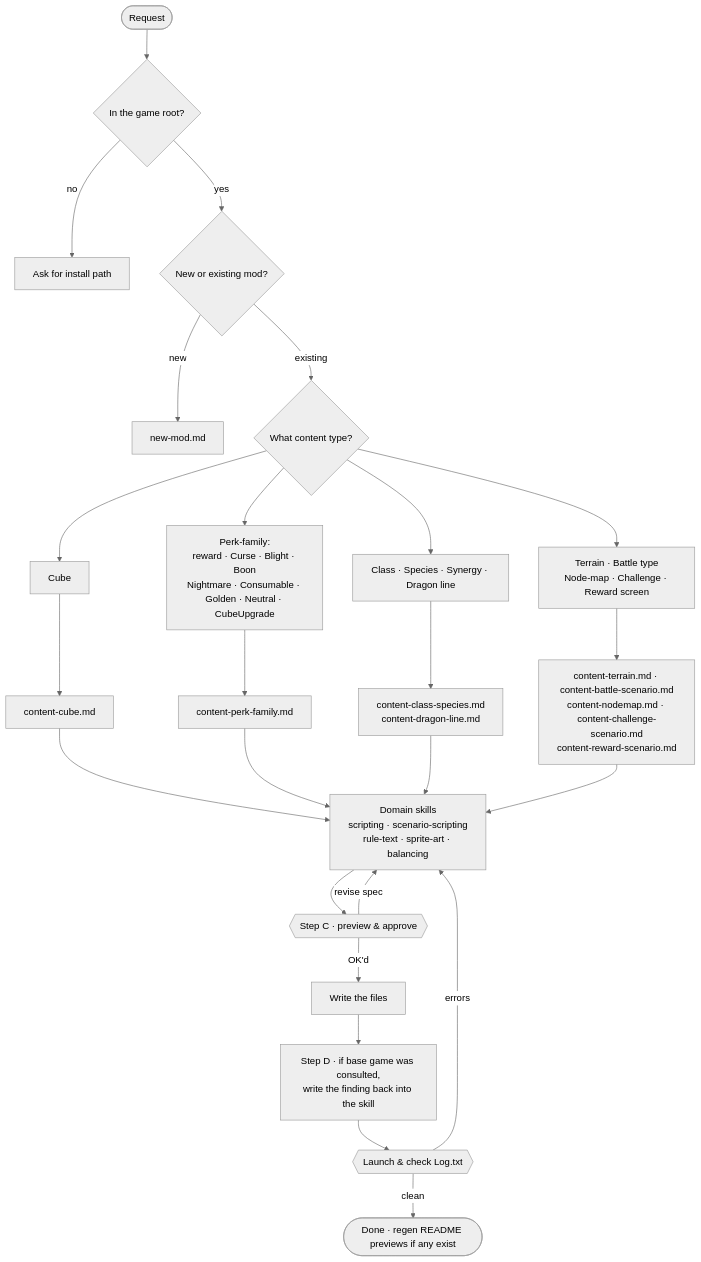
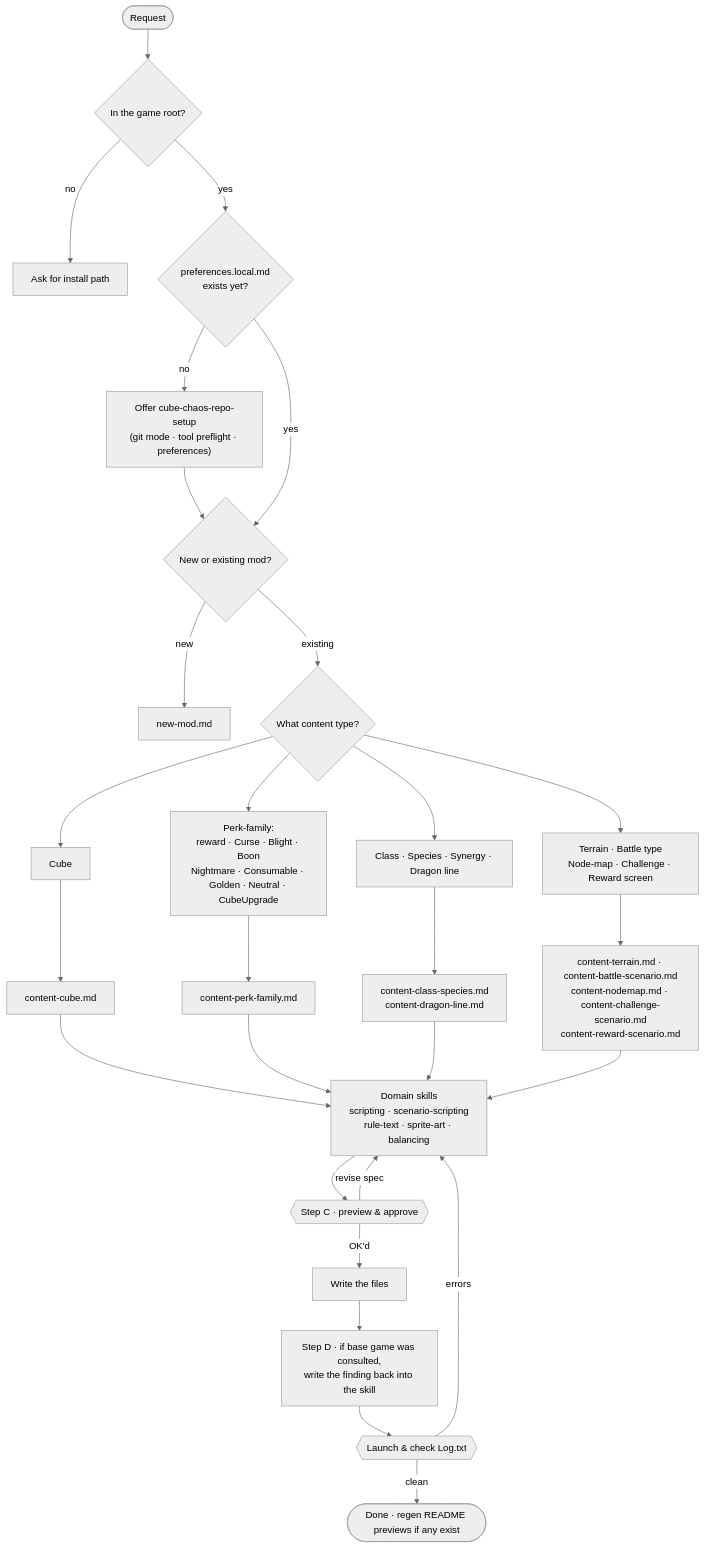
The diagram in WORKFLOW_OVERVIEW.md (Lutscherdieb/ClaudeChaos), drawn with Mermaid (neutral theme) before and after one commit. The commit also changed other lines of this file and 7 other files, not shown here.

Commit message:
Added Git Setup Skill and Personal Preferences

````diff
--- a/WORKFLOW_OVERVIEW.md
+++ b/WORKFLOW_OVERVIEW.md
@@ -5,31 +5,34 @@
 ```mermaid
 flowchart TD
     Start(["Request"]) --> Root{"In the game root?"}
     Root -- no --> AskRoot["Ask for install path"]
-    Root -- yes --> ModQ{"New or existing mod?"}
+    Root -- yes --> SetupQ{"preferences.local.md<br/>exists yet?"}
+    SetupQ -- no --> SetupOffer["Offer cube-chaos-repo-setup<br/>(git mode &middot; tool preflight &middot; preferences)"]
+    SetupOffer --> ModQ
+    SetupQ -- yes --> ModQ{"New or existing mod?"}
     ModQ -- new --> NewMod["new-mod.md"]
     ModQ -- existing --> TypeQ{"What content type?"}
 
     TypeQ --> Cube["Cube"]
     TypeQ --> Perk["Perk-family:<br/>reward &middot; Curse &middot; Blight &middot; Boon<br/>Nightmare &middot; Consumable &middot; Golden &middot; Neutral &middot; CubeUpgrade"]
     TypeQ --> ClassSp["Class &middot; Species &middot; Synergy &middot; Dragon line"]
     TypeQ --> Scenario["Terrain &middot; Battle type<br/>Node-map &middot; Challenge &middot; Reward screen"]
 
     Cube --> WCube["content-cube.md"]
     Perk --> WPerk["content-perk-family.md"]
     ClassSp --> WClass["content-class-species.md<br/>content-dragon-line.md"]
     Scenario --> WScenario["content-terrain.md &middot; content-battle-scenario.md<br/>content-nodemap.md &middot; content-challenge-scenario.md<br/>content-reward-scenario.md"]
 
     WCube --> Skills["Domain skills<br/>scripting &middot; scenario-scripting<br/>rule-text &middot; sprite-art &middot; balancing"]
     WPerk --> Skills
     WClass --> Skills
     WScenario --> Skills
 
     Skills --> GateC{{"Step C &middot; preview &amp; approve"}}
     GateC -- revise spec --> Skills
     GateC -- OK'd --> Write["Write the files"]
     Write --> ResearchNote["Step D &middot; if base game was consulted,<br/>write the finding back into the skill"]
     ResearchNote --> GateLaunch{{"Launch &amp; check Log.txt"}}
     GateLaunch -- errors --> Skills
     GateLaunch -- clean --> Done(["Done &middot; regen README previews if any exist"])
 ```
````
